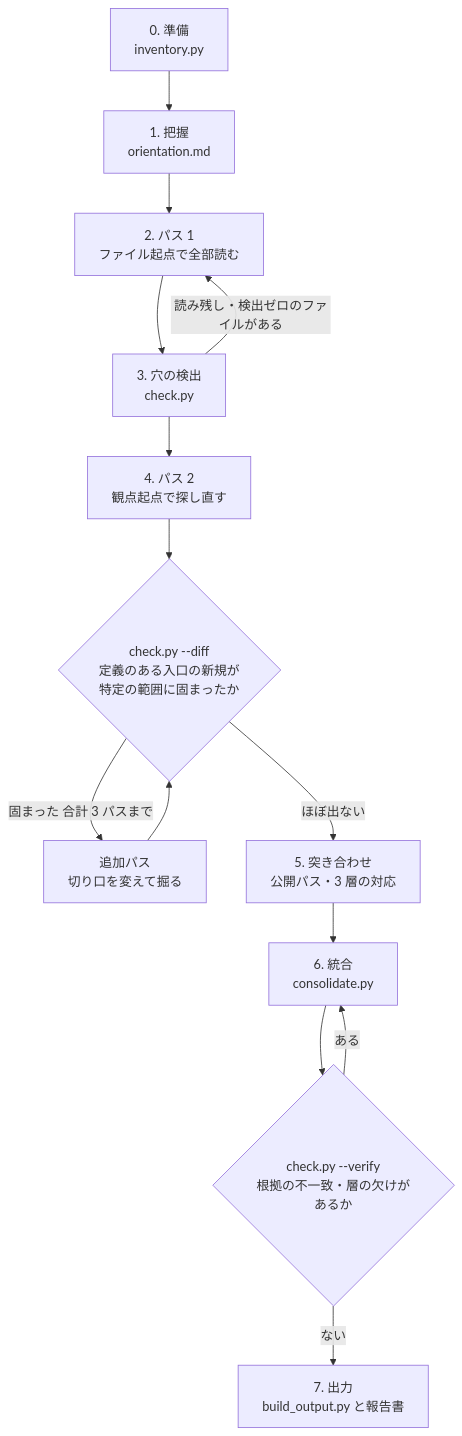
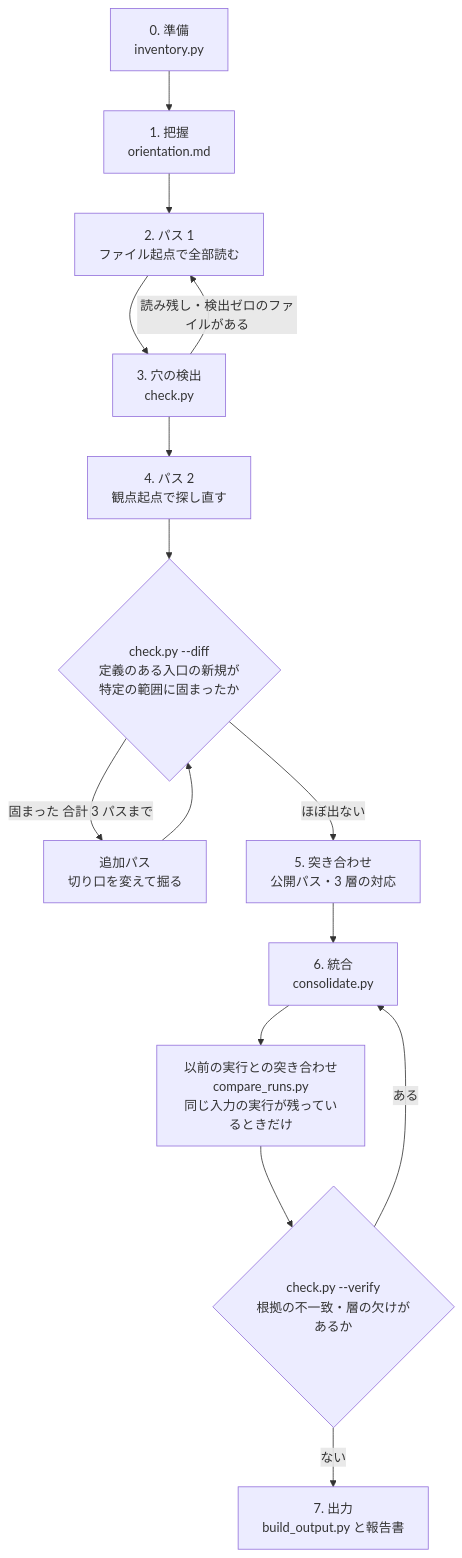
The third of 14 diagrams in docs/analysis-flow.md (Zuck3-r/Code-Analyzer), drawn with Mermaid before and after one commit. The commit also changed other lines of this file and 10 other files, not shown here.

````diff
--- a/docs/analysis-flow.md
+++ b/docs/analysis-flow.md
@@ -84,16 +84,17 @@
 ```mermaid
 flowchart TD
     A[0. 準備<br/>inventory.py] --> B[1. 把握<br/>orientation.md]
     B --> C[2. パス 1<br/>ファイル起点で全部読む]
     C --> D[3. 穴の検出<br/>check.py]
     D -->|読み残し・検出ゼロのファイルがある| C
     D --> E[4. パス 2<br/>観点起点で探し直す]
     E --> F{check.py --diff<br/>定義のある入口の新規が<br/>特定の範囲に固まったか}
     F -->|固まった 合計 3 パスまで| G[追加パス<br/>切り口を変えて掘る]
     G --> F
     F -->|ほぼ出ない| H[5. 突き合わせ<br/>公開パス・3 層の対応]
     H --> I[6. 統合<br/>consolidate.py]
-    I --> J{check.py --verify<br/>根拠の不一致・層の欠けがあるか}
+    I --> P[以前の実行との突き合わせ<br/>compare_runs.py<br/>同じ入力の実行が残っているときだけ]
+    P --> J{check.py --verify<br/>根拠の不一致・層の欠けがあるか}
     J -->|ある| I
     J -->|ない| K[7. 出力<br/>build_output.py と報告書]
 ```
````
